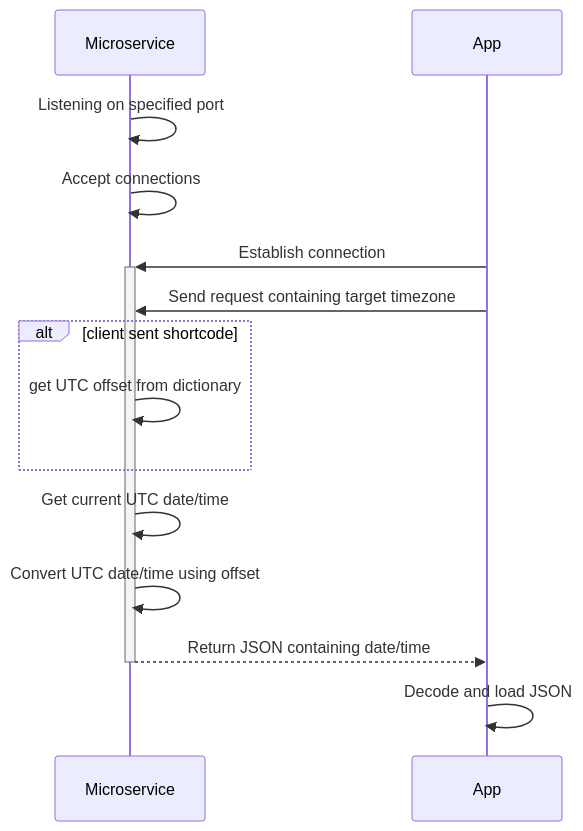
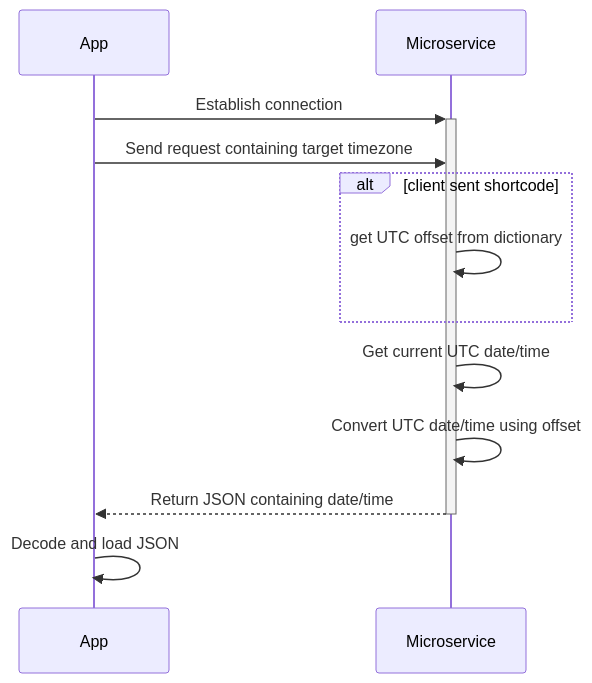
One commit to coltwood93/TimeTeller changed the diagram in README.md. Above: the diagram before and after it, drawn with Mermaid.

Commit message:
Update README.md
removed unneeded info about initialization of service

````diff
--- a/README.md
+++ b/README.md
@@ -59,14 +59,12 @@
 ```mermaid
 sequenceDiagram
- Microservice->>Microservice: Listening on specified port
- Microservice->>Microservice: Accept connections
  App->>+Microservice: Establish connection
  App->>Microservice: Send request containing target timezone
  alt client sent shortcode
   Microservice->>Microservice: get UTC offset from dictionary
  end
  Microservice->>Microservice: Get current UTC date/time
  Microservice->>Microservice: Convert UTC date/time using offset
  Microservice-->>-App: Return JSON containing date/time 
  App->>App: Decode and load JSON
 ```
````
